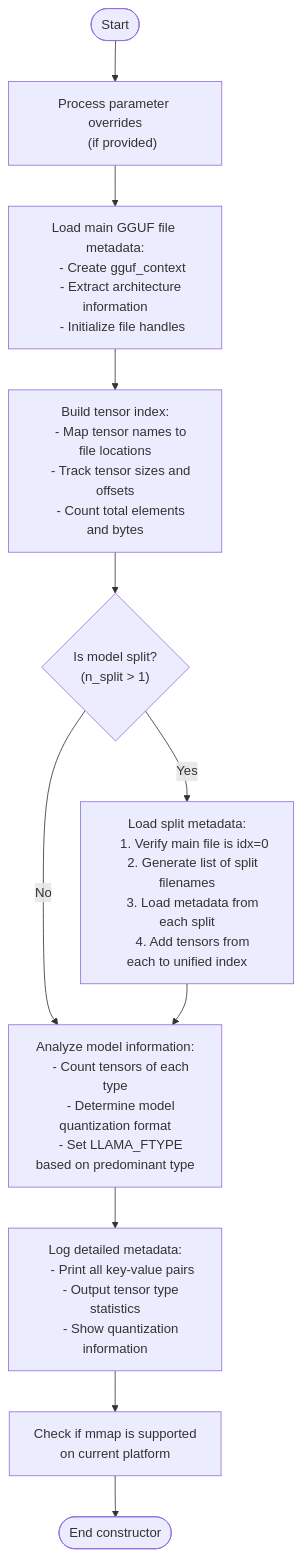
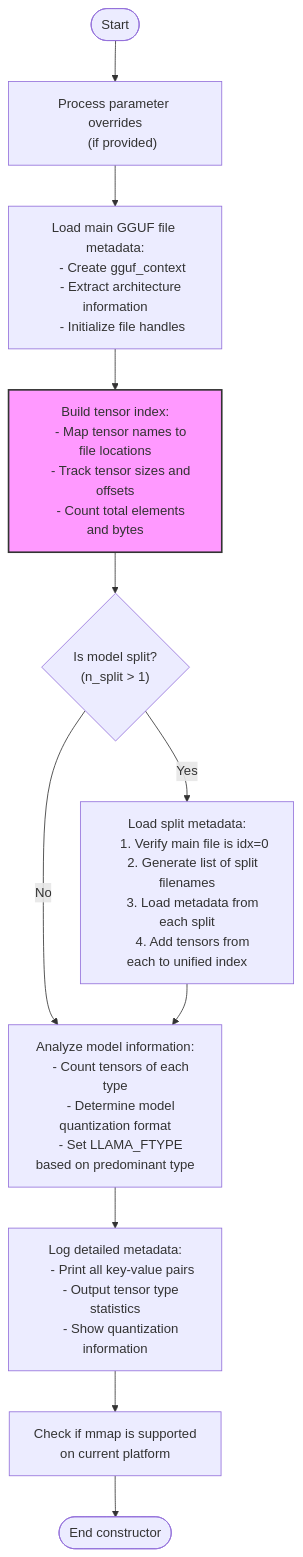
Before and after one commit to cshbli/ML-CV-AI: the fifth of 16 diagrams in LLM/llama.cpp_flowchart.md, drawn with Mermaid. The commit also changed other lines of this file and 4 other files, not shown here.

````diff
--- a/LLM/llama.cpp_flowchart.md
+++ b/LLM/llama.cpp_flowchart.md
@@ -256,41 +256,44 @@
 ```mermaid
 flowchart TD
     start([Start]) --> parse_overrides["Process parameter overrides
     (if provided)"]
     
     parse_overrides --> load_meta["Load main GGUF file metadata:
     - Create gguf_context
     - Extract architecture information
     - Initialize file handles"]
     
     load_meta --> index_tensors["Build tensor index:
     - Map tensor names to file locations
     - Track tensor sizes and offsets
     - Count total elements and bytes"]
     
     index_tensors --> check_split{"Is model split?
     (n_split > 1)"}
     
     check_split -->|Yes| load_splits["Load split metadata:
     1. Verify main file is idx=0
     2. Generate list of split filenames
     3. Load metadata from each split
     4. Add tensors from each to unified index"]
     
     check_split -->|No| analyze_model["Analyze model information:
     - Count tensors of each type
     - Determine model quantization format
     - Set LLAMA_FTYPE based on predominant type"]
     
     load_splits --> analyze_model
     
     analyze_model --> log_metadata["Log detailed metadata:
     - Print all key-value pairs
     - Output tensor type statistics
     - Show quantization information"]
     
     log_metadata --> check_mmap["Check if mmap is supported
     on current platform"]
     
     check_mmap --> finish([End constructor])
+
+    classDef CoreProcess fill:#f9f,stroke:#333,stroke-width:2px;
+    class index_tensors CoreProcess
 ```
````
